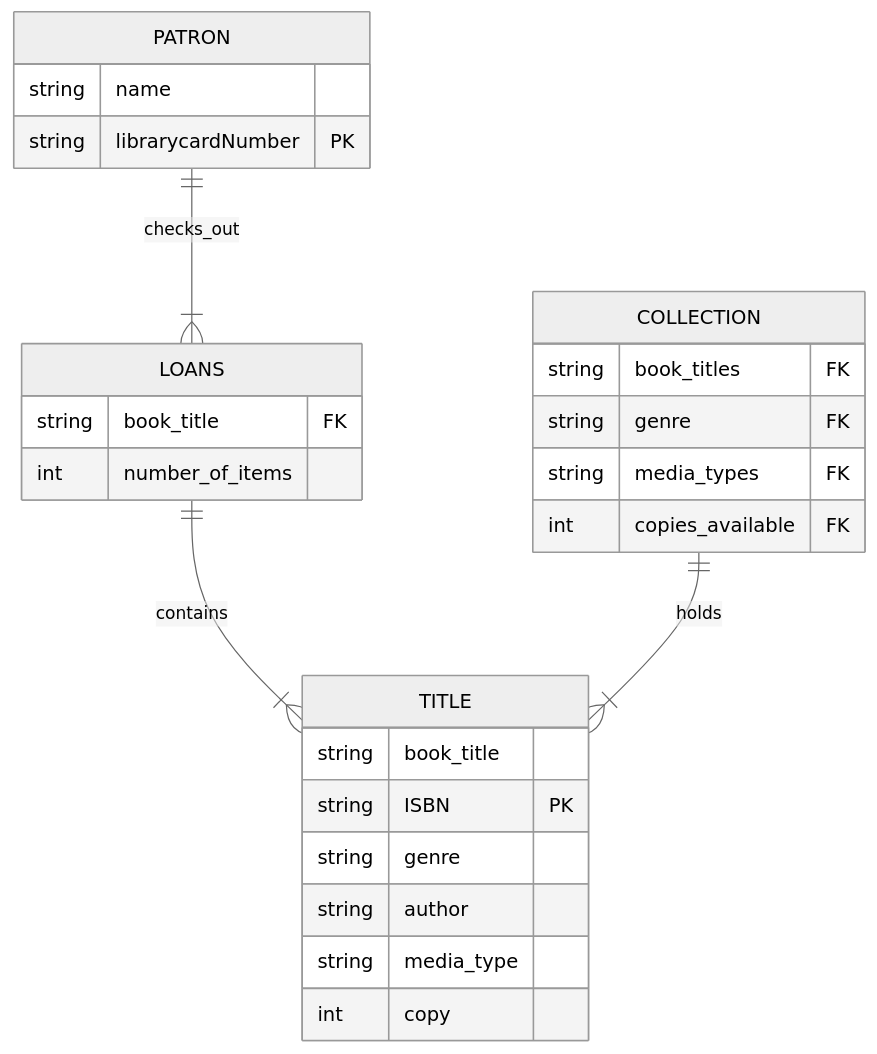
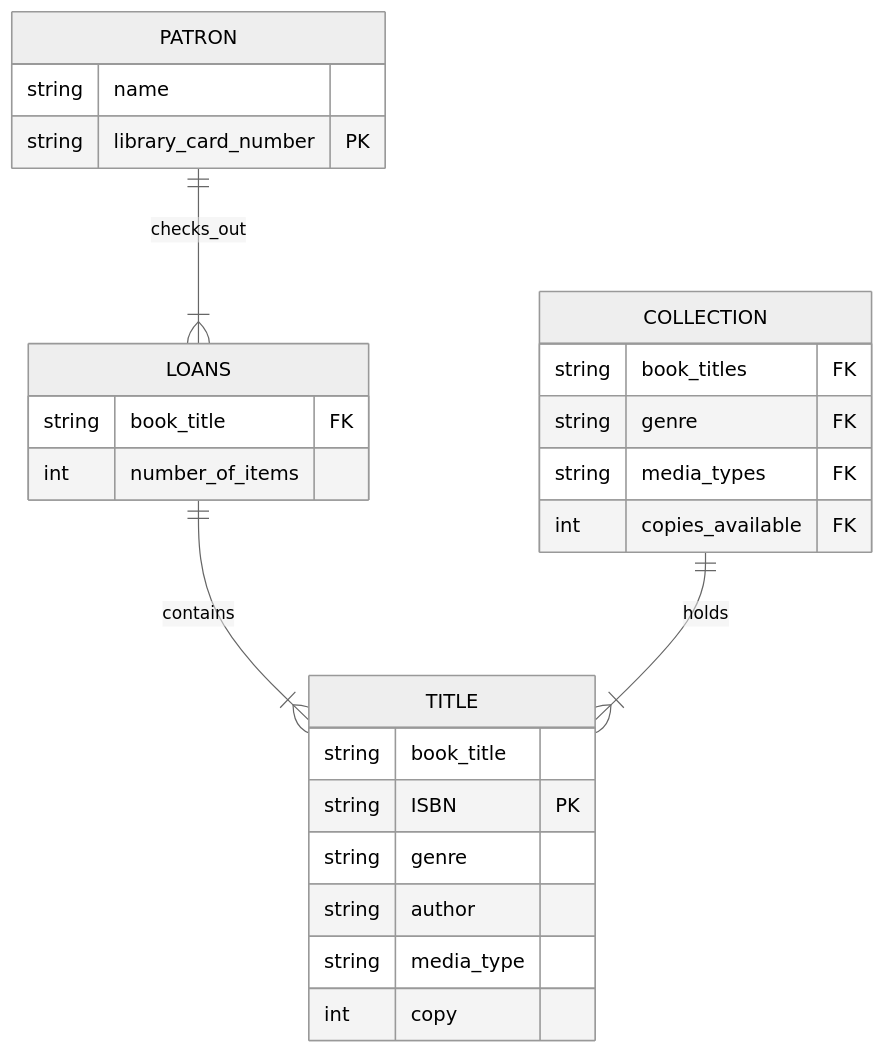
One commit to mpeters-1/Labs changed the diagram in Lab 2 (Entity Relationship Diagrams)/ERD.md. Above: the diagram before and after it, drawn with Mermaid (neutral theme). The commit also changed other lines of this file, not shown here.

````diff
--- a/Lab 2 (Entity Relationship Diagrams)/ERD.md
+++ b/Lab 2 (Entity Relationship Diagrams)/ERD.md
@@ -1,27 +1,27 @@
 ```mermaid
 erDiagram
 TITLE {
     string book_title
     string ISBN PK
     string genre
     string author
     string media_type
     int copy
 }
 PATRON ||--|{ LOANS : checks_out
 PATRON {
     string name
-    string librarycardNumber PK
+    string library_card_number PK
 }
 LOANS ||--|{ TITLE : contains
 LOANS {
     string book_title FK
     int number_of_items}
 COLLECTION ||--|{ TITLE : holds
 COLLECTION {
     string book_titles FK
     string genre FK
     string media_types FK
     int copies_available FK
 }
 ```
````
